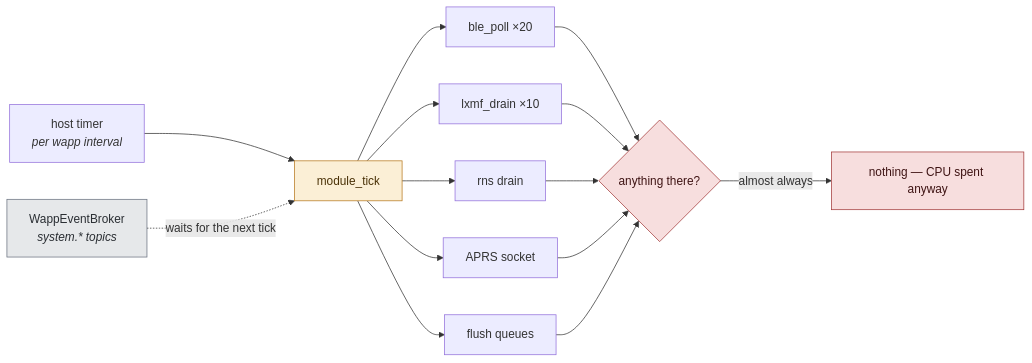
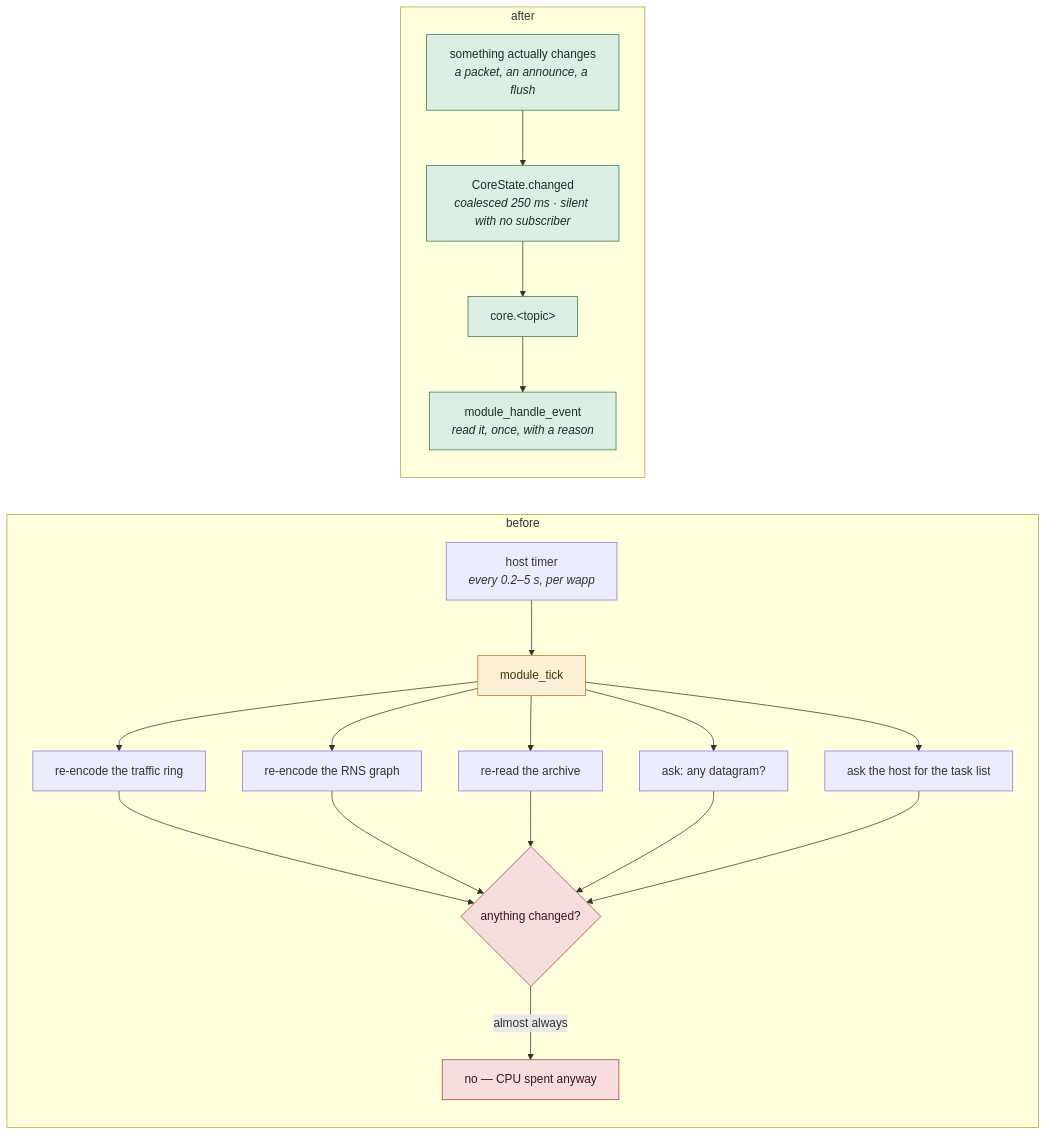
The ninth of 9 diagrams in docs/diagrams/message-receive-flow.md (xprs-dev/app), drawn with Mermaid before and after one commit. The commit also changed other lines of this file and 1 other file, not shown here.

First line of the commit message:
Figure 9, measured rather than asserted

````diff
--- a/docs/diagrams/message-receive-flow.md
+++ b/docs/diagrams/message-receive-flow.md
@@ -485,24 +486,33 @@
 ```mermaid
 flowchart LR
-    T["host timer<br/><i>per wapp interval</i>"] --> TICK["module_tick"]
-    TICK --> P1["ble_poll ×20"]
-    TICK --> P2["lxmf_drain ×10"]
-    TICK --> P3["rns drain"]
-    TICK --> P4["APRS socket"]
-    TICK --> P5["flush queues"]
-    P1 --> N{"anything there?"}
-    P2 --> N
-    P3 --> N
-    P4 --> N
-    P5 --> N
-    N -- "almost always" --> NO["nothing — CPU spent anyway"]
+    subgraph WAS["before"]
+        direction TB
+        T["host timer<br/><i>every 0.2–5 s, per wapp</i>"] --> TICK["module_tick"]
+        TICK --> P1["re-encode the traffic ring"]
+        TICK --> P2["re-encode the RNS graph"]
+        TICK --> P3["re-read the archive"]
+        TICK --> P4["ask: any datagram?"]
+        TICK --> P5["ask the host for the task list"]
+        P1 --> N{"anything changed?"}
+        P2 --> N
+        P3 --> N
+        P4 --> N
+        P5 --> N
+        N -- "almost always" --> NO["no — CPU spent anyway"]
+    end
 
-    EV["WappEventBroker<br/><i>system.* topics</i>"] -. "waits for the next tick" .-> TICK
+    subgraph NOW["after"]
+        direction TB
+        CH["something actually changes<br/><i>a packet, an announce, a flush</i>"]
+        CH --> CS["CoreState.changed<br/><i>coalesced 250 ms · silent with no subscriber</i>"]
+        CS --> BUS2["core.&lt;topic&gt;"]
+        BUS2 --> HE["module_handle_event<br/><i>read it, once, with a reason</i>"]
+    end
 
     classDef bad  fill:#F7DEDE,stroke:#A33A3A,color:#3F1414
     classDef warn fill:#FBEFD6,stroke:#B7791F,color:#4A3208
-    classDef off  fill:#E6E8EA,stroke:#6B7280,color:#2A2E33
+    classDef good fill:#DCEFE3,stroke:#2E7D4F,color:#14351F
     class NO,N bad
     class TICK warn
-    class EV off
+    class CH,CS,BUS2,HE good
 ```
````
